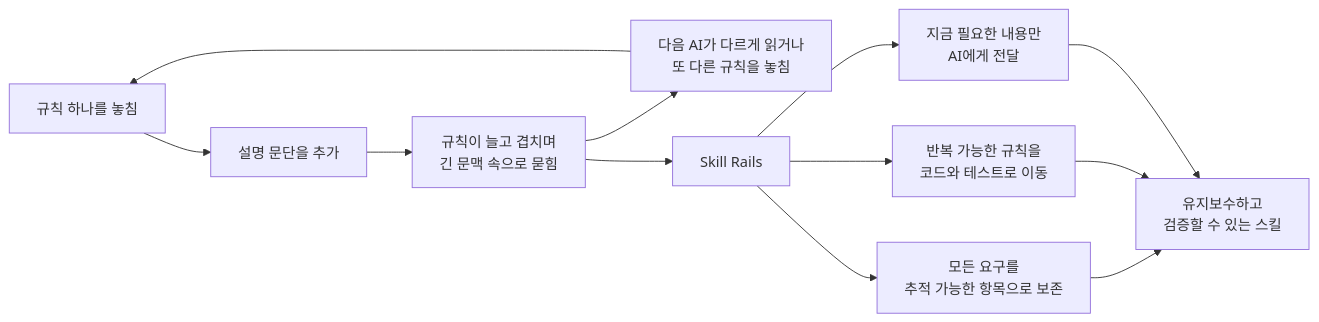
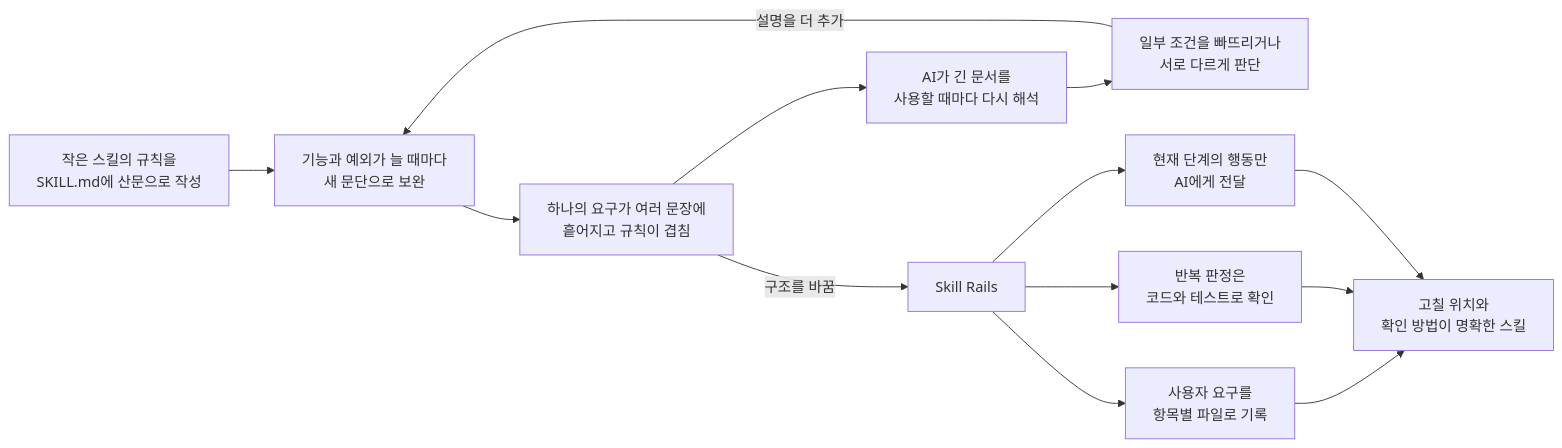
Before and after one commit to nanomia-ai/skill-rails: the diagram in README.ko.md, drawn with Mermaid. The commit also changed other lines of this file and 1 other file, not shown here.

````diff
--- a/README.ko.md
+++ b/README.ko.md
@@ -15,14 +21,15 @@
 ```mermaid
 flowchart LR
-    A["규칙 하나를 놓침"] --> B["설명 문단을 추가"]
-    B --> C["규칙이 늘고 겹치며<br/>긴 문맥 속으로 묻힘"]
-    C --> D["다음 AI가 다르게 읽거나<br/>또 다른 규칙을 놓침"]
-    D --> A
-    C --> E["Skill Rails"]
-    E --> F["모든 요구를<br/>추적 가능한 항목으로 보존"]
-    E --> G["반복 가능한 규칙을<br/>코드와 테스트로 이동"]
-    E --> H["지금 필요한 내용만<br/>AI에게 전달"]
-    F --> I["유지보수하고<br/>검증할 수 있는 스킬"]
-    G --> I
-    H --> I
+    A["작은 스킬의 규칙을<br/>SKILL.md에 산문으로 작성"] --> B["기능과 예외가 늘 때마다<br/>새 문단으로 보완"]
+    B --> C["하나의 요구가 여러 문장에<br/>흩어지고 규칙이 겹침"]
+    C --> D["AI가 긴 문서를<br/>사용할 때마다 다시 해석"]
+    D --> E["일부 조건을 빠뜨리거나<br/>서로 다르게 판단"]
+    E -->|설명을 더 추가| B
+    C -->|구조를 바꿈| F["Skill Rails"]
+    F --> G["사용자 요구를<br/>항목별 파일로 기록"]
+    F --> H["반복 판정은<br/>코드와 테스트로 확인"]
+    F --> I["현재 단계의 행동만<br/>AI에게 전달"]
+    G --> J["고칠 위치와<br/>확인 방법이 명확한 스킬"]
+    H --> J
+    I --> J
 ```
````
